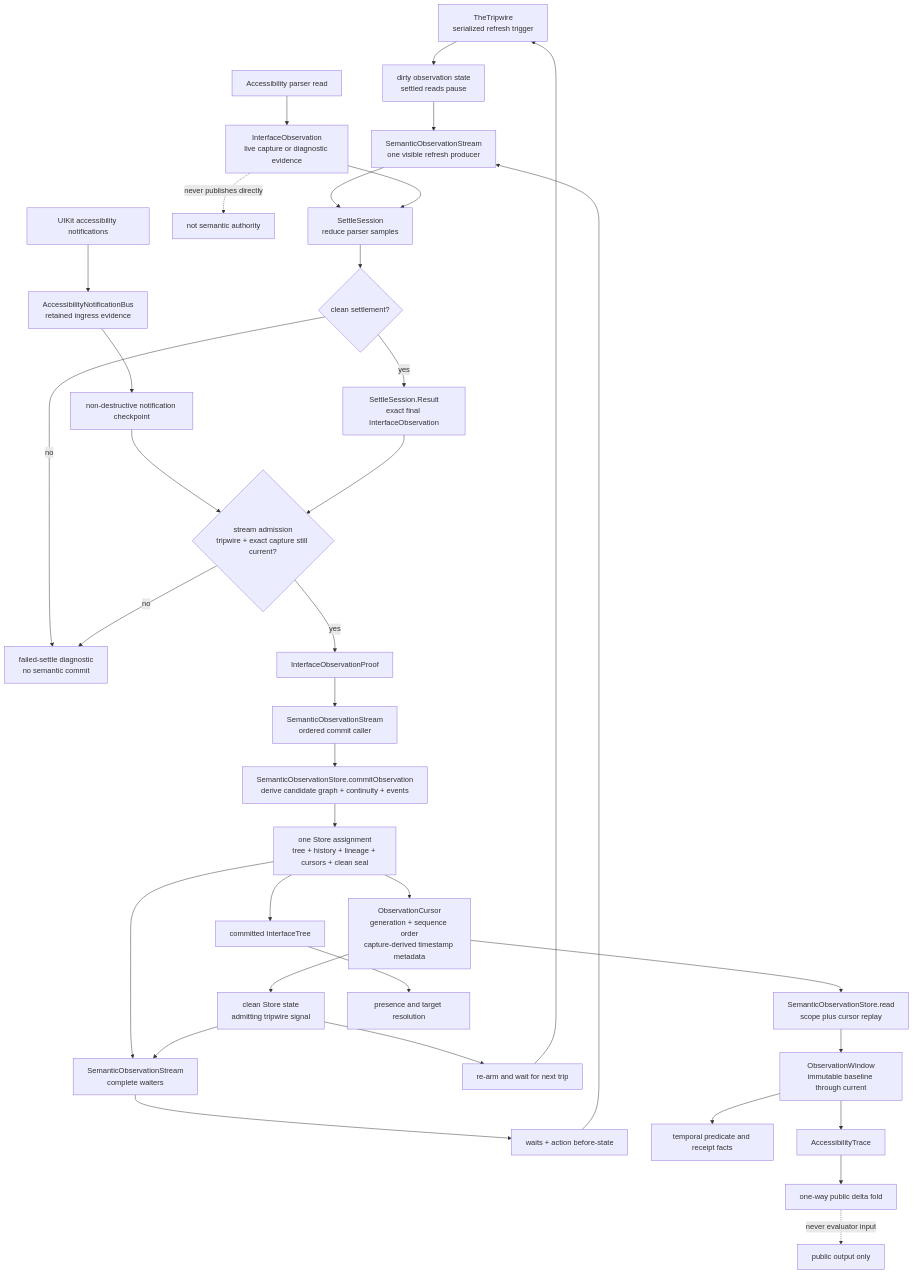
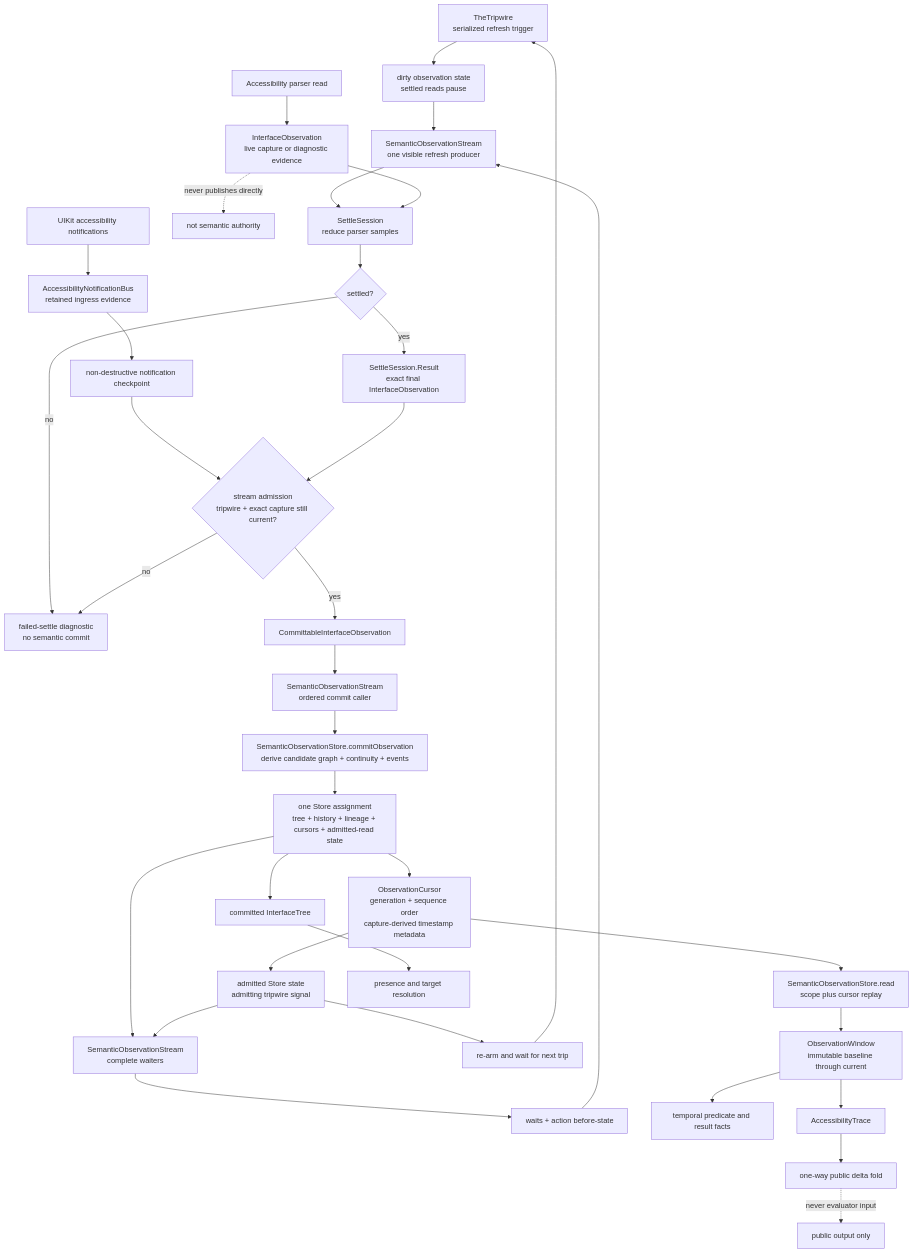
Before and after one commit to RoyalPineapple/TheButtonHeist: the first of 5 diagrams in docs/diagrams/observation-pipeline.md, drawn with Mermaid. The commit also changed other lines of this file and 461 other files, not shown here.

````diff
--- a/docs/diagrams/observation-pipeline.md
+++ b/docs/diagrams/observation-pipeline.md
@@ -36,39 +36,39 @@
 ```mermaid
 flowchart TD
     Tripwire["TheTripwire<br/>serialized refresh trigger"] --> Dirty["dirty observation state<br/>settled reads pause"]
     Dirty --> Producer["SemanticObservationStream<br/>one visible refresh producer"]
     Consumers["waits + action before-state"] --> Producer
     Producer --> Settle
     Parser["Accessibility parser read"] --> Raw["InterfaceObservation<br/>live capture or diagnostic evidence"]
     Raw --> Settle["SettleSession<br/>reduce parser samples"]
     Raw -. "never publishes directly" .-> NoAuthority["not semantic authority"]
     Signals["UIKit accessibility notifications"] --> Bus["AccessibilityNotificationBus<br/>retained ingress evidence"]
     Bus --> Checkpoint["non-destructive notification checkpoint"]
     Checkpoint --> Admission
-    Settle --> Clean{"clean settlement?"}
-    Clean -->|no| Diagnostic["failed-settle diagnostic<br/>no semantic commit"]
-    Clean -->|yes| Outcome["SettleSession.Result<br/>exact final InterfaceObservation"]
+    Settle --> Settled{"settled?"}
+    Settled -->|no| Diagnostic["failed-settle diagnostic<br/>no semantic commit"]
+    Settled -->|yes| Outcome["SettleSession.Result<br/>exact final InterfaceObservation"]
     Outcome --> Admission{"stream admission<br/>tripwire + exact capture still current?"}
     Admission -->|no| Diagnostic
-    Admission -->|yes| Proof["InterfaceObservationProof"]
+    Admission -->|yes| Committable["CommittableInterfaceObservation"]
 
-    Proof --> Committer["SemanticObservationStream<br/>ordered commit caller"]
+    Committable --> Committer["SemanticObservationStream<br/>ordered commit caller"]
     Committer --> Store["SemanticObservationStore.commitObservation<br/>derive candidate graph + continuity + events"]
-    Store --> Atomic["one Store assignment<br/>tree + history + lineage + cursors + clean seal"]
+    Store --> Atomic["one Store assignment<br/>tree + history + lineage + cursors + admitted-read state"]
     Atomic --> Delivery["SemanticObservationStream<br/>complete waiters"]
     Atomic --> Cursor["ObservationCursor<br/>generation + sequence order<br/>capture-derived timestamp metadata"]
-    Cursor --> Seal["clean Store state<br/>admitting tripwire signal"]
-    Seal --> Delivery
+    Cursor --> Admitted["admitted Store state<br/>admitting tripwire signal"]
+    Admitted --> Delivery
     Delivery --> Consumers
-    Seal --> Armed["re-arm and wait for next trip"]
+    Admitted --> Armed["re-arm and wait for next trip"]
     Armed --> Tripwire
     Cursor --> Entries["SemanticObservationStore.read<br/>scope plus cursor replay"]
 
     Current["committed InterfaceTree"] --> Presence["presence and target resolution"]
     Atomic --> Current
     Entries --> Window["ObservationWindow<br/>immutable baseline through current"]
-    Window --> Temporal["temporal predicate and receipt facts"]
+    Window --> Temporal["temporal predicate and result facts"]
     Window --> Trace["AccessibilityTrace"]
     Trace --> Delta["one-way public delta fold"]
     Delta -. "never evaluator input" .-> Output["public output only"]
 ```
````
